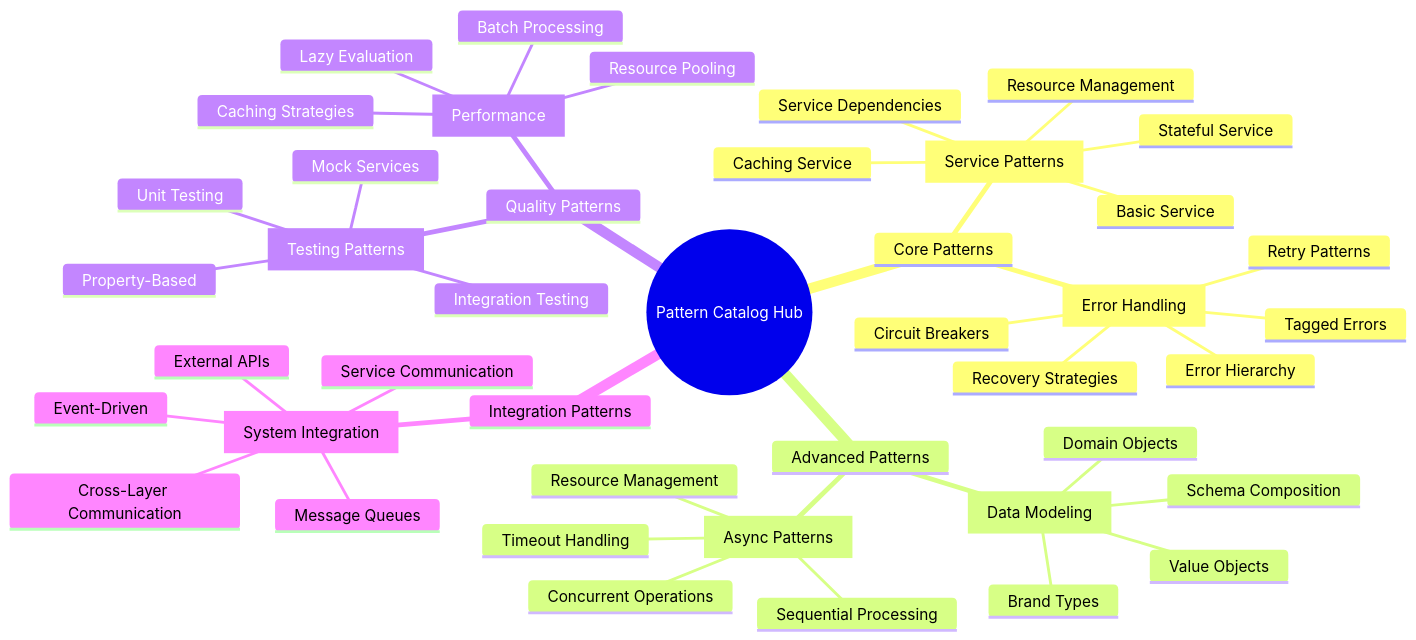
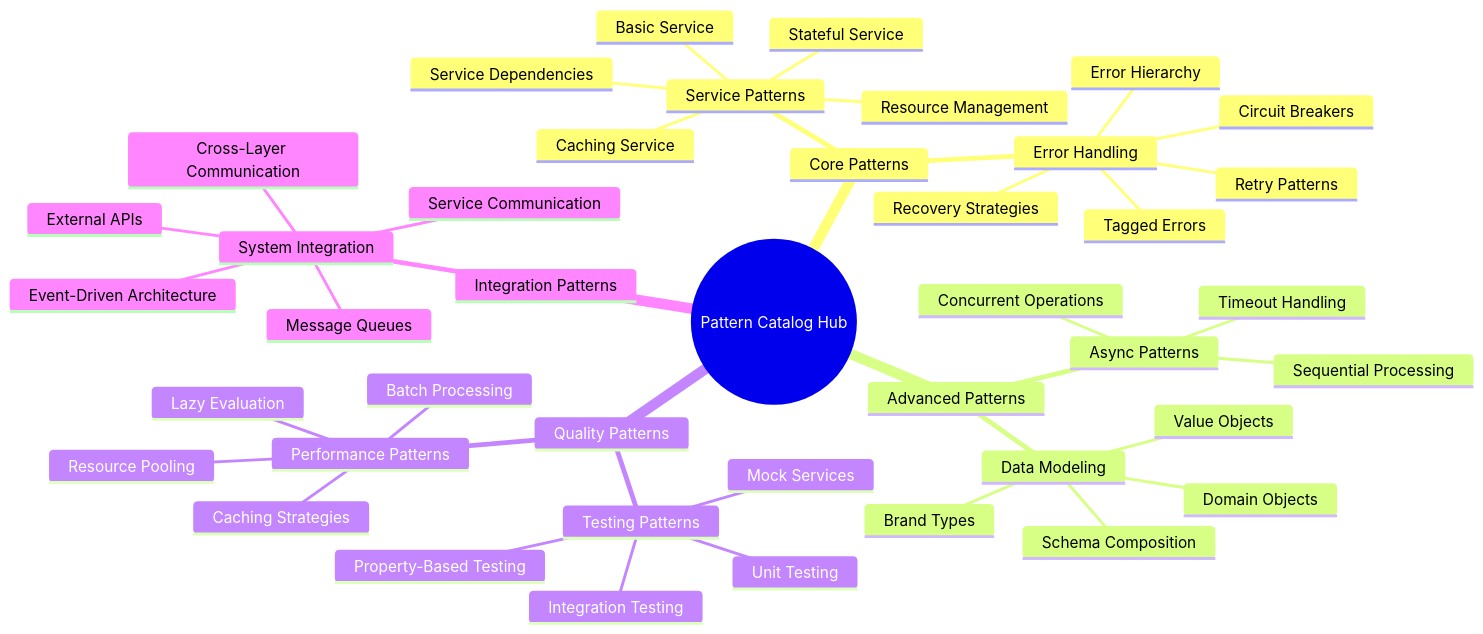
One commit to takeokunn/ts-minecraft changed the first of 4 diagrams in docs/explanations/design-patterns/README.md. Above: the diagram before and after it, drawn with Mermaid. The commit also changed 24 other files, not shown here.

First line of the commit message:
docs: update architecture, deployment, and advanced topics for integration

````diff
--- a/docs/explanations/design-patterns/README.md
+++ b/docs/explanations/design-patterns/README.md
@@ -44,46 +44,45 @@
 ```mermaid
 mindmap
   root((Pattern Catalog Hub))
     Core Patterns
-      [Service Patterns]
+      Service Patterns
         Basic Service
         Stateful Service
         Service Dependencies
         Caching Service
         Resource Management
-      [Error Handling]
+      Error Handling
         Tagged Errors
         Error Hierarchy
         Recovery Strategies
         Circuit Breakers
         Retry Patterns
     Advanced Patterns
-      [Data Modeling]
+      Data Modeling
         Domain Objects
         Value Objects
         Brand Types
         Schema Composition
-      [Async Patterns]
+      Async Patterns
         Concurrent Operations
         Sequential Processing
-        Resource Management
         Timeout Handling
     Quality Patterns
-      [Testing Patterns]
+      Testing Patterns
         Unit Testing
         Integration Testing
-        Property-Based
+        Property-Based Testing
         Mock Services
-      [Performance]
+      Performance Patterns
         Lazy Evaluation
         Caching Strategies
         Resource Pooling
         Batch Processing
     Integration Patterns
-      [System Integration]
+      System Integration
         Service Communication
-        Event-Driven
+        Event-Driven Architecture
         Message Queues
         External APIs
         Cross-Layer Communication
 ```
````
